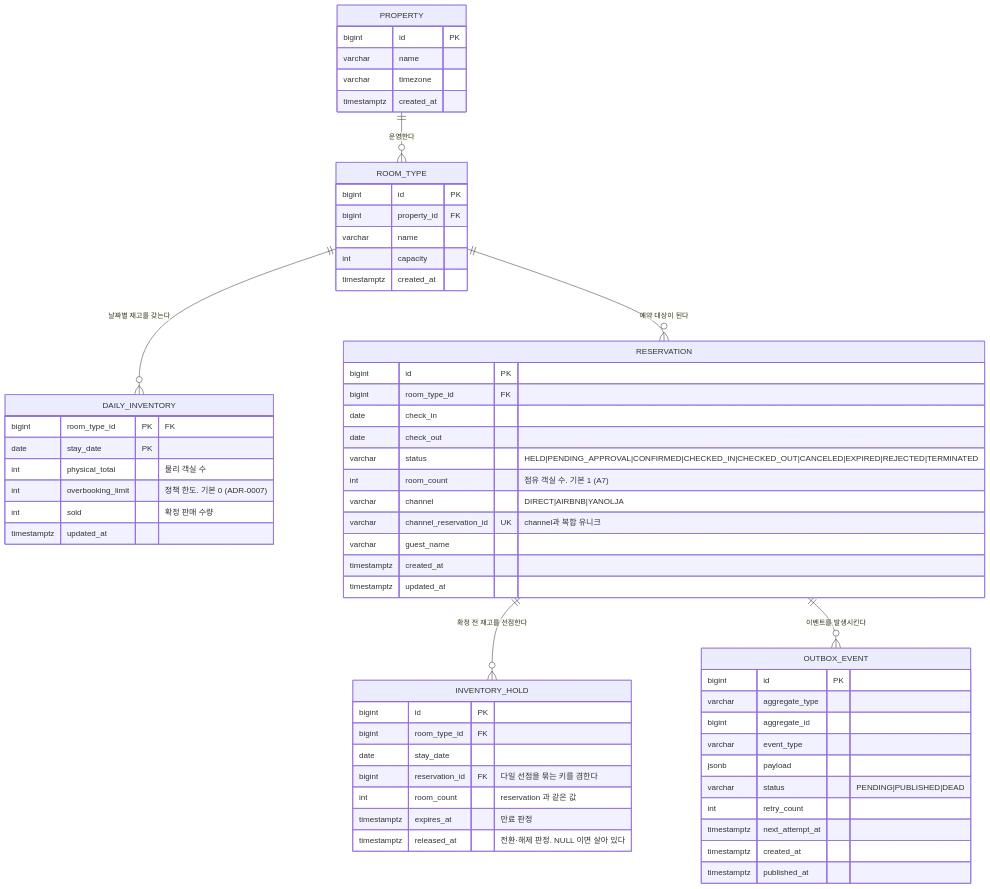
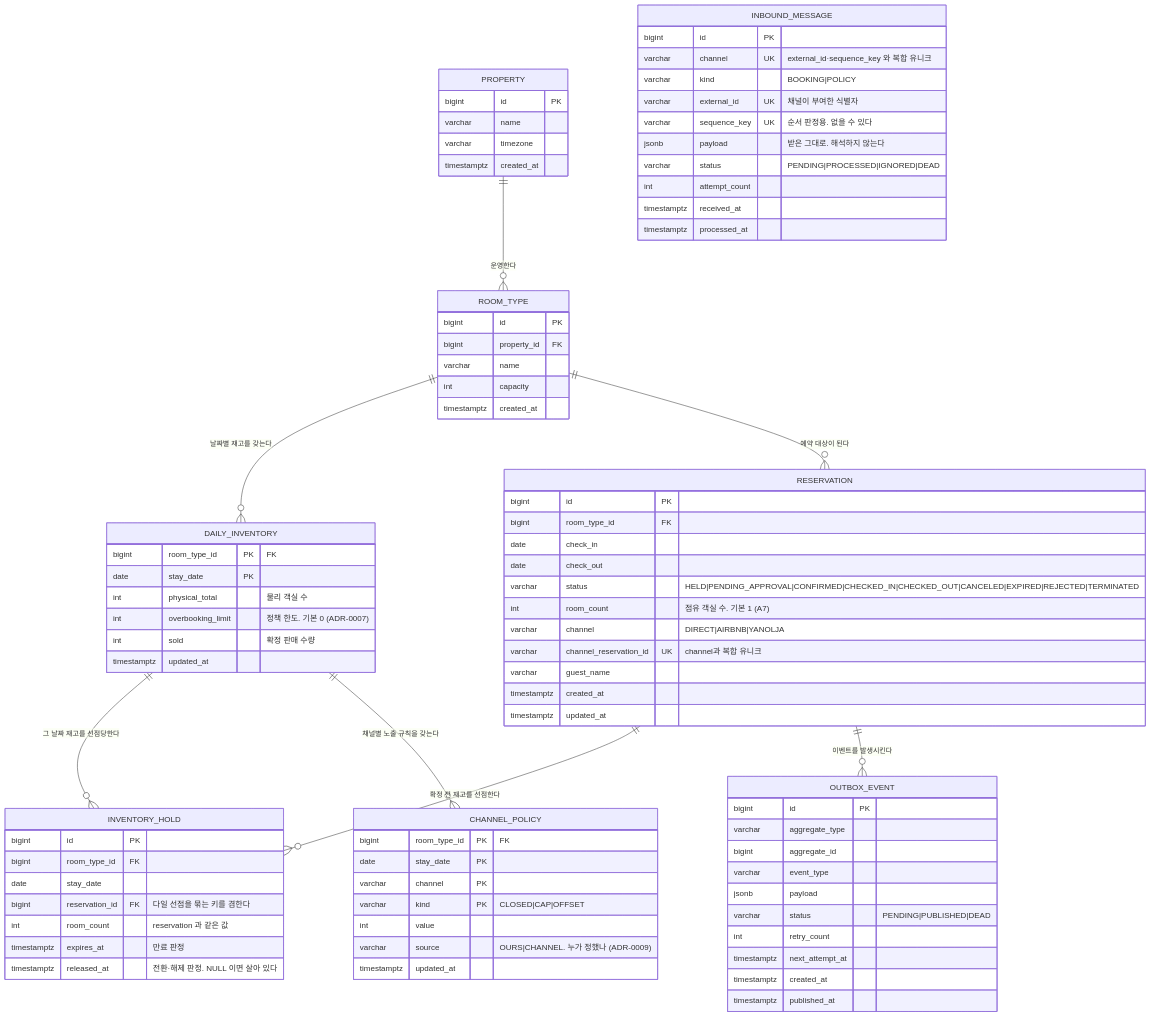
Before and after one commit to PreAgile/stay-inventory-sync: the first of 2 diagrams in docs/01-domain-model.md, drawn with Mermaid. The commit also changed other lines of this file and 1 other file, not shown here.

Commit message:
docs: ERD 를 8개 테이블로 맞추고 README 에 데이터 모델을 노출한다
#2 선행. ERD 가 6개 테이블에 멈춰 있었다. ADR-0009 가 추가한
inbound_message · channel_policy 가 그림에 없어서, ERD 만 보고 스키마를 쓰면
두 테이블이 빠진다. 이슈 본문과 ADR 은 8개인데 그림만 6개였다.

docs/01-domain-model.md 의 ERD 에 두 테이블을 넣고 관계선 둘을 추가했다
(daily_inventory -> inventory_hold, daily_inventory -> channel_policy).
INBOUND_MESSAGE 는 관계선 없이 둔다 — 받은 시점에는 어느 예약을 가리키는지
모르고 payload 해석은 실패할 수 있다. FK 를 걸면 해석 실패한 알림을 저장할 수
없게 되어 받은 사실 자체가 사라진다. 그리다 만 것으로 보이지 않게 근거를
그림 바로 아래 적었다.

그리고 선이 있는 것과 FK 로 강제되는 것을 구분하는 표를 넣었다.
outbox_event 의 aggregate_id 는 다형 참조라 FK 가 없고, channel_policy 는
키를 공유할 뿐이어서 재고 행 없이도 정책이 설 수 있다. ERD 의 선을 FK 로
읽으면 마이그레이션에 없는 제약을 만들게 된다.

README 에는 4절 "데이터 모델" 을 새로 넣었다. 컬럼 전체가 아니라 관계와 키만
둔다 — 컬럼 정의를 두 곳에 두면 갈라지고, 이 저장소는 그 사고를 이미 두 번
겪었다(#25, PR #41). 대신 그림에서 봐야 할 네 가지(total 컬럼 부재, sold 가
직렬화 지점인 이유, UNIQUE 세 개, INBOUND_MESSAGE 의 선 없음)와 불변식
네 개를 함께 적어 README 만 읽고도 모델의 판단이 보이게 했다.

기존 4~7절은 5~8절로 밀었다. README 절 번호를 참조하는 문서는 없다.
두 erDiagram 블록은 mermaid 11 로 파싱을 검증했다.

````diff
--- a/docs/01-domain-model.md
+++ b/docs/01-domain-model.md
@@ -9,6 +9,8 @@
     ROOM_TYPE ||--o{ RESERVATION : "예약 대상이 된다"
     RESERVATION ||--o{ INVENTORY_HOLD : "확정 전 재고를 선점한다"
     RESERVATION ||--o{ OUTBOX_EVENT : "이벤트를 발생시킨다"
+    DAILY_INVENTORY ||--o{ INVENTORY_HOLD : "그 날짜 재고를 선점당한다"
+    DAILY_INVENTORY ||--o{ CHANNEL_POLICY : "채널별 노출 규칙을 갖는다"
 
     PROPERTY {
         bigint   id PK
@@ -70,4 +72,27 @@
         timestamptz created_at
         timestamptz published_at
     }
+
+    CHANNEL_POLICY {
+        bigint   room_type_id PK "FK"
+        date     stay_date    PK
+        varchar  channel      PK
+        varchar  kind         PK "CLOSED|CAP|OFFSET"
+        int      value
+        varchar  source       "OURS|CHANNEL. 누가 정했나 (ADR-0009)"
+        timestamptz updated_at
+    }
+
+    INBOUND_MESSAGE {
+        bigint   id PK
+        varchar  channel      UK "external_id·sequence_key 와 복합 유니크"
+        varchar  kind         "BOOKING|POLICY"
+        varchar  external_id  UK "채널이 부여한 식별자"
+        varchar  sequence_key UK "순서 판정용. 없을 수 있다"
+        jsonb    payload      "받은 그대로. 해석하지 않는다"
+        varchar  status       "PENDING|PROCESSED|IGNORED|DEAD"
+        int      attempt_count
+        timestamptz received_at
+        timestamptz processed_at
+    }
 ```
````
